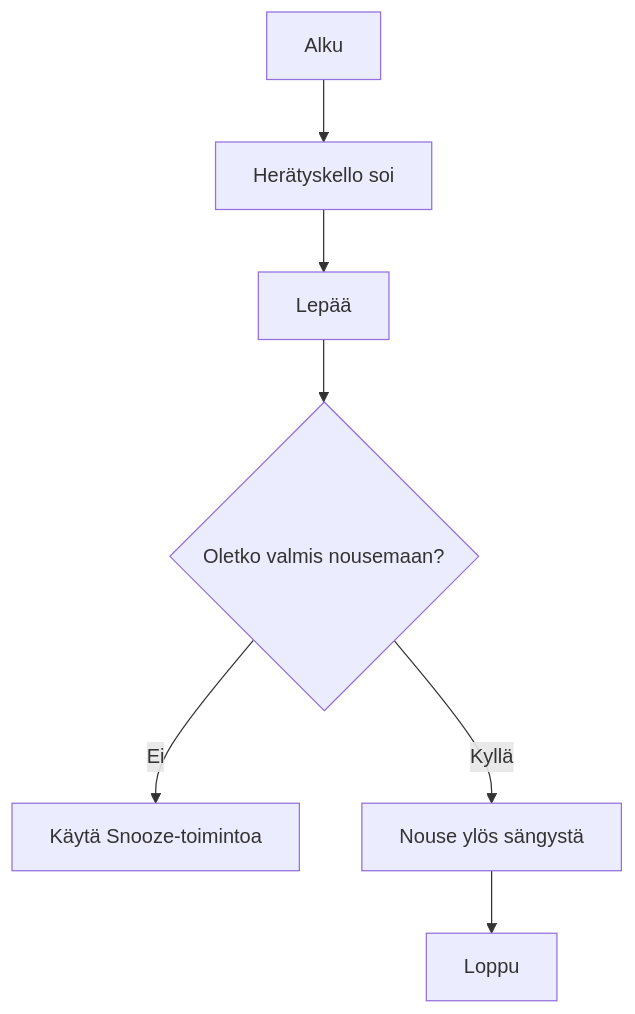
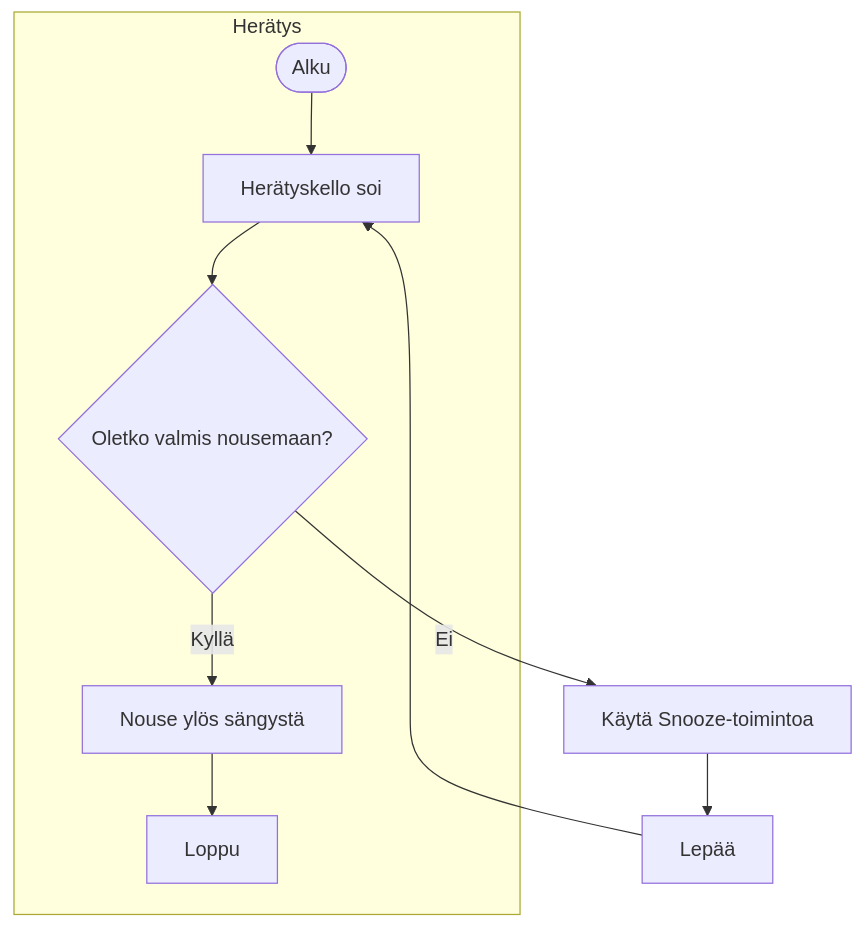
Before and after one commit to Anssi22/vuokaaviot: the fourth of 6 diagrams in README.md, drawn with Mermaid. The commit also changed other lines of this file, not shown here.

````diff
--- a/README.md
+++ b/README.md
@@ -42,9 +42,12 @@
 ```mermaid
 graph TD;
-    A[Alku] --> B[Herätyskello soi]
-    B --> C[Lepää]
-    C --> D{Oletko valmis nousemaan?}
-    D -- Ei --> E[Käytä Snooze-toimintoa]
-    D -- Kyllä --> F[Nouse ylös sängystä]
-    F --> G[Loppu]
+    subgraph Herätys
+        A([Alku]) --> B[Herätyskello soi]
+        B --> C{Oletko valmis nousemaan?}
+        C -- Kyllä --> D[Nouse ylös sängystä]
+        D --> E[Loppu]
+    end
+    C -- Ei --> F[Käytä Snooze-toimintoa]
+    F --> G[Lepää]
+    G --> B
 ```
````
